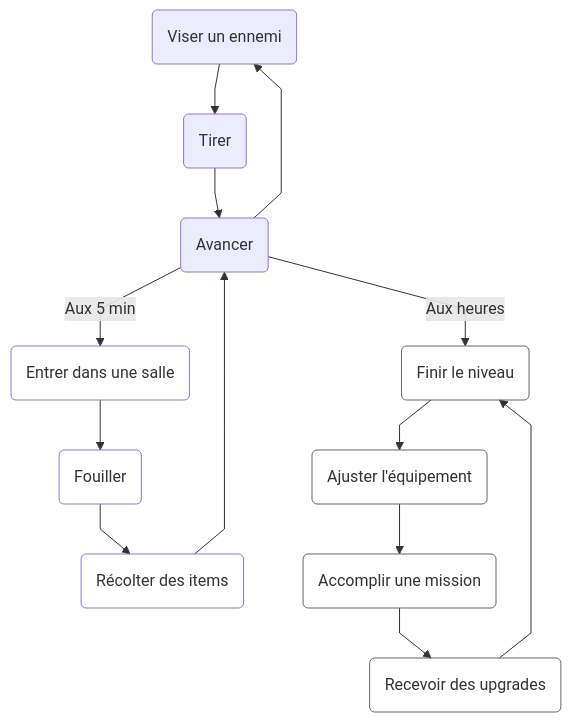
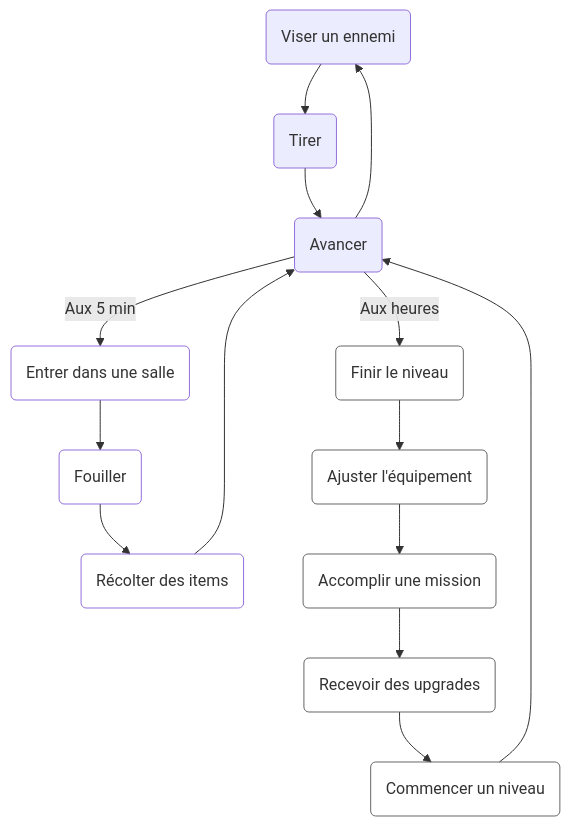
The diagram in docs/582-301-interactivite-ludique/cours01.md (tim-montmorency/compendium), drawn with Mermaid before and after one commit. The commit also changed other lines of this file and 19 other files, not shown here.

````diff
--- a/docs/582-301-interactivite-ludique/cours01.md
+++ b/docs/582-301-interactivite-ludique/cours01.md
@@ -368,24 +359,25 @@
 ```mermaid
-%%{init: {"flowchart": {"curve": "linear"}}}%%
+
 graph TD
     
     direction TD
       
       A1(Viser un ennemi) --> A2
       A2(Tirer) --> A3
       A3(Avancer) --> A1
 
       A3 -->|Aux 5 min| B1
       B1(Entrer dans une salle):::min --> B2
       B2(Fouiller):::min --> B3
       B3(Récolter des items):::min --> A3
         
       A3 -->|Aux heures| C1
       C1(Finir le niveau):::hour --> C2
       C2(Ajuster l'équipement):::hour --> C3
       C3(Accomplir une mission):::hour --> C4
-      C4(Recevoir des upgrades):::hour --> C1
+      C4(Recevoir des upgrades):::hour --> C5
+      C5(Commencer un niveau):::hour --> A3
 
   classDef min fill:transparent;
   classDef hour stroke:#666666,fill:transparent;
 ```
````
